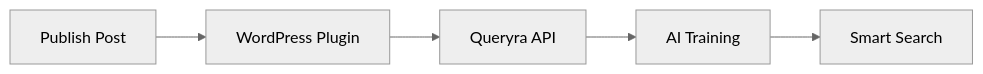
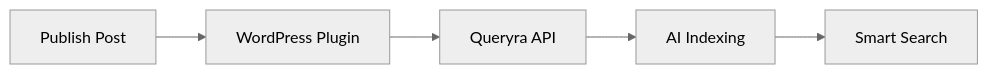
Before and after one commit to GronRafal/queryra-wordpress-plugin: the diagram in README.md, drawn with Mermaid (neutral theme). The commit also changed other lines of this file and 6 other files, not shown here.

````diff
--- a/README.md
+++ b/README.md
@@ -95,7 +95,7 @@
 ```mermaid
 graph LR
     A[Publish Post] --> B[WordPress Plugin]
     B --> C[Queryra API]
-    C --> D[AI Training]
+    C --> D[AI Indexing]
     D --> E[Smart Search]
 ```
````
